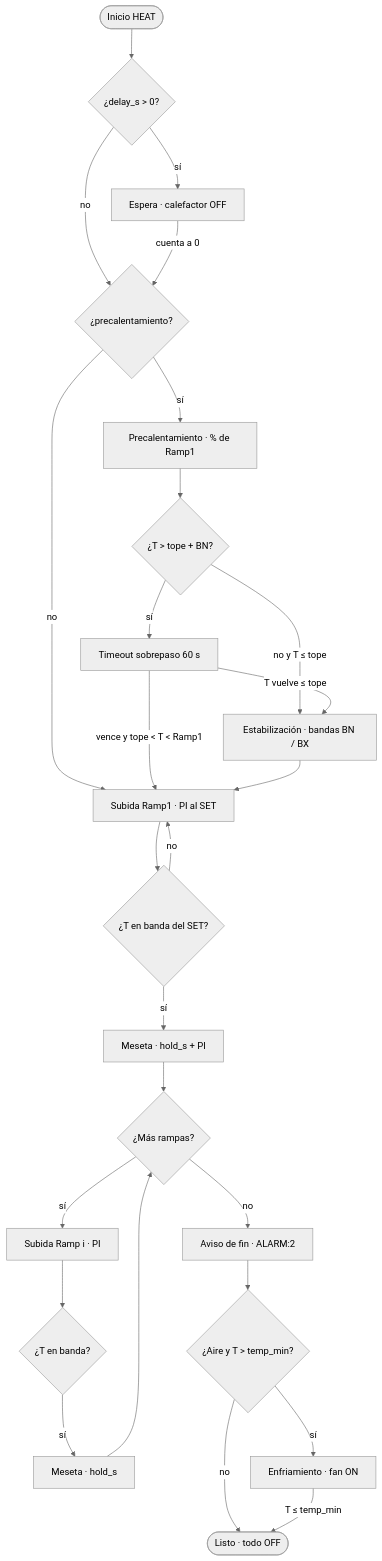
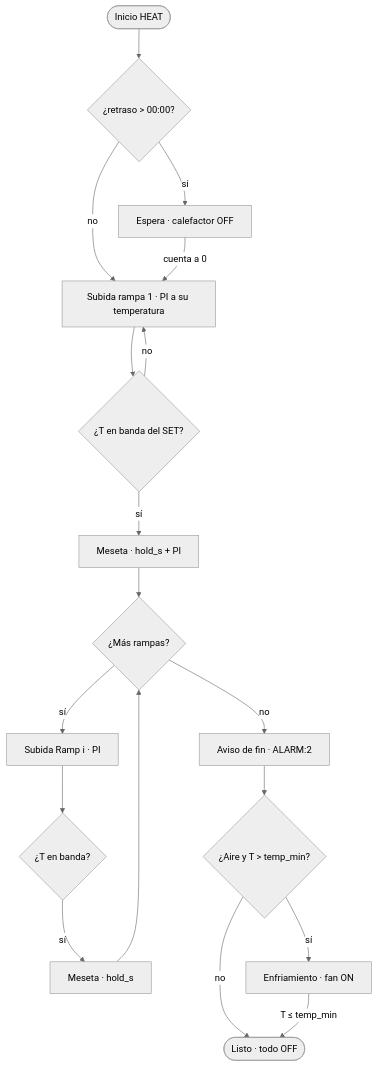
Before and after one commit to krisskira/smd-soldering-hotplate: the diagram in firmware/avr/doc/program_flows.md, drawn with Mermaid (neutral theme). The commit also changed other lines of this file and 52 other files, not shown here.

````diff
--- a/firmware/avr/doc/program_flows.md
+++ b/firmware/avr/doc/program_flows.md
@@ -99,28 +102,20 @@
 ```mermaid
 flowchart TD
-  start([Inicio HEAT]) --> dly{"¿delay_s > 0?"}
+  start([Inicio HEAT]) --> dly{"¿retraso > 00:00?"}
   dly -->|sí| wait[Espera · calefactor OFF]
-  dly -->|no| phen
-  wait -->|cuenta a 0| phen{"¿precalentamiento?"}
-  phen -->|no| r1["Subida Ramp1 · PI al SET"]
-  phen -->|sí| pre["Precalentamiento · % de Ramp1"]
-  pre --> hi{"¿T > tope + BN?"}
-  hi -->|no y T ≤ tope| stab["Estabilización · bandas BN / BX"]
-  hi -->|sí| ov["Timeout sobrepaso 60 s"]
-  ov -->|T vuelve ≤ tope| stab
-  ov -->|vence y tope < T < Ramp1| r1
-  stab --> r1
+  dly -->|no| r1["Subida rampa 1 · PI a su temperatura"]
+  wait -->|cuenta a 0| r1
   r1 --> band{"¿T en banda del SET?"}
   band -->|no| r1
   band -->|sí| h1["Meseta · hold_s + PI"]
   h1 --> more{¿Más rampas?}
   more -->|sí| rn["Subida Ramp i · PI"]
   rn --> band2{"¿T en banda?"}
   band2 -->|sí| hn["Meseta · hold_s"]
   hn --> more
   more -->|no| alrm["Aviso de fin · ALARM:2"]
   alrm --> cool{"¿Aire y T > temp_min?"}
   cool -->|sí| cd["Enfriamiento · fan ON"]
   cool -->|no| done(["Listo · todo OFF"])
   cd -->|T ≤ temp_min| done
 ```
````
